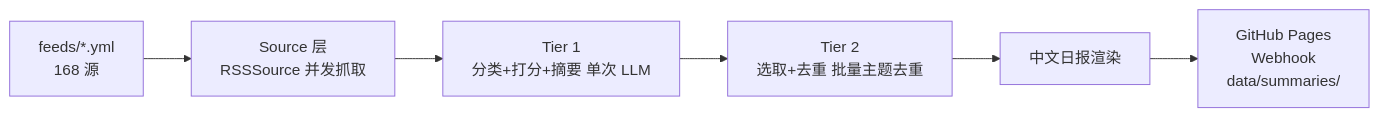
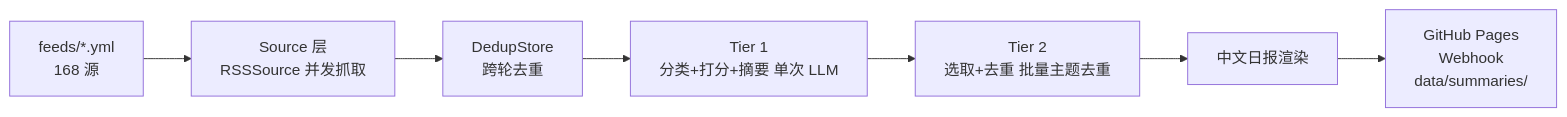
Before and after one commit to int2t05/rss-reader: the diagram in README.md, drawn with Mermaid. The commit also changed other lines of this file and 8 other files, not shown here.

First line of the commit message:
docs: 文档全量重构 — 只保留 prd/tech/todo/api/flow 五类,删无关文件

````diff
--- a/README.md
+++ b/README.md
@@ -44,8 +43,9 @@
 ```mermaid
 flowchart LR
     FEEDS[feeds/*.yml<br/>168 源] --> SRC[Source 层<br/>RSSSource 并发抓取]
-    SRC --> T1[Tier 1<br/>分类+打分+摘要 单次 LLM]
+    SRC --> DEDUP[DedupStore<br/>跨轮去重]
+    DEDUP --> T1[Tier 1<br/>分类+打分+摘要 单次 LLM]
     T1 --> T2[Tier 2<br/>选取+去重 批量主题去重]
     T2 --> RND[中文日报渲染]
     RND --> OUT[GitHub Pages<br/>Webhook<br/>data/summaries/]
 ```
````
